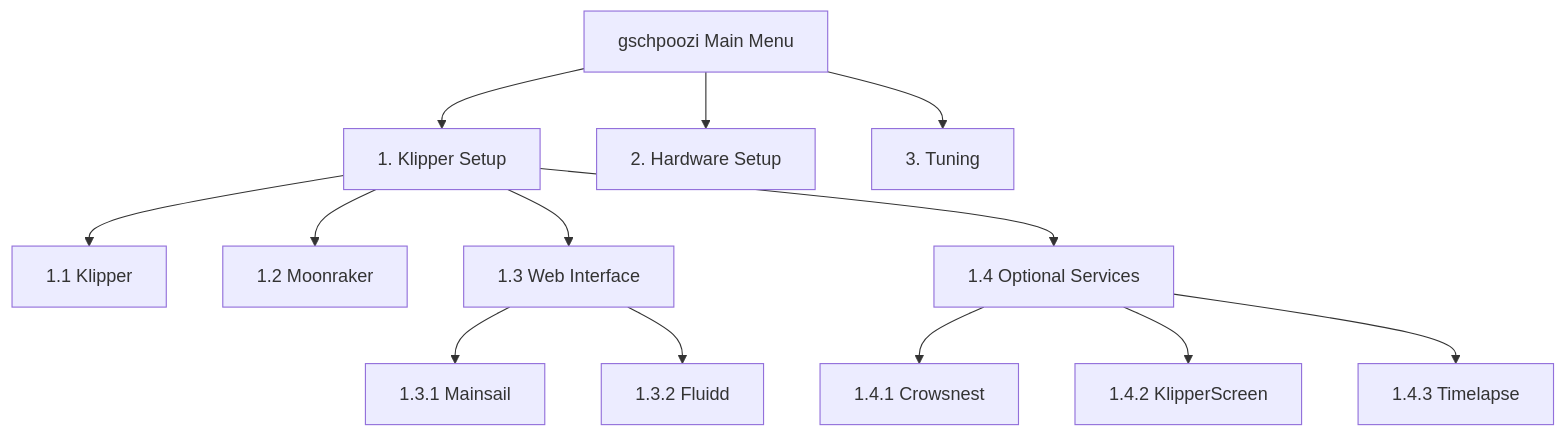
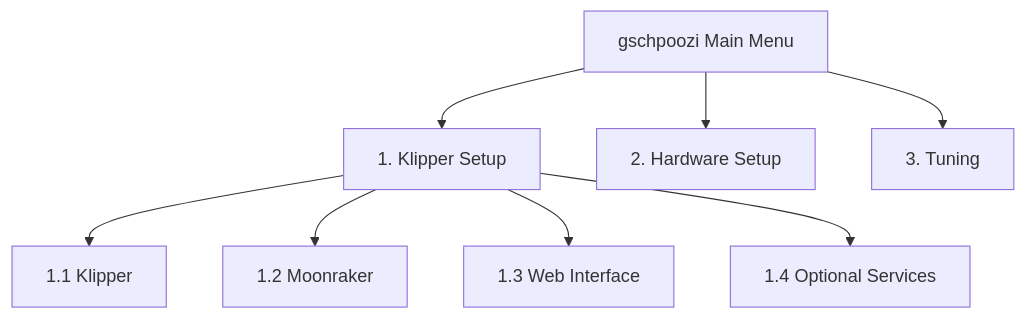
The first of 6 diagrams in docs/diagrams/wizard-menu-structure.md (gueee/gschpoozi), drawn with Mermaid before and after one commit. The commit also changed other lines of this file and 1 other file, not shown here.

First line of the commit message:
docs: Add comprehensive wizard structure specification and initial menu schema

````diff
--- a/docs/diagrams/wizard-menu-structure.md
+++ b/docs/diagrams/wizard-menu-structure.md
@@ -481,24 +649,17 @@
 ```mermaid
 flowchart TD
     M0["gschpoozi Main Menu"]
     
     M1["1. Klipper Setup"]
     M2["2. Hardware Setup"]
     M3["3. Tuning"]
     
     M0 --> M1
     M0 --> M2
     M0 --> M3
     
     M1 --> M1_1["1.1 Klipper"]
     M1 --> M1_2["1.2 Moonraker"]
     M1 --> M1_3["1.3 Web Interface"]
     M1 --> M1_4["1.4 Optional Services"]
-    
-    M1_3 --> M1_3_1["1.3.1 Mainsail"]
-    M1_3 --> M1_3_2["1.3.2 Fluidd"]
-    
-    M1_4 --> M1_4_1["1.4.1 Crowsnest"]
-    M1_4 --> M1_4_2["1.4.2 KlipperScreen"]
-    M1_4 --> M1_4_3["1.4.3 Timelapse"]
 ```
````
